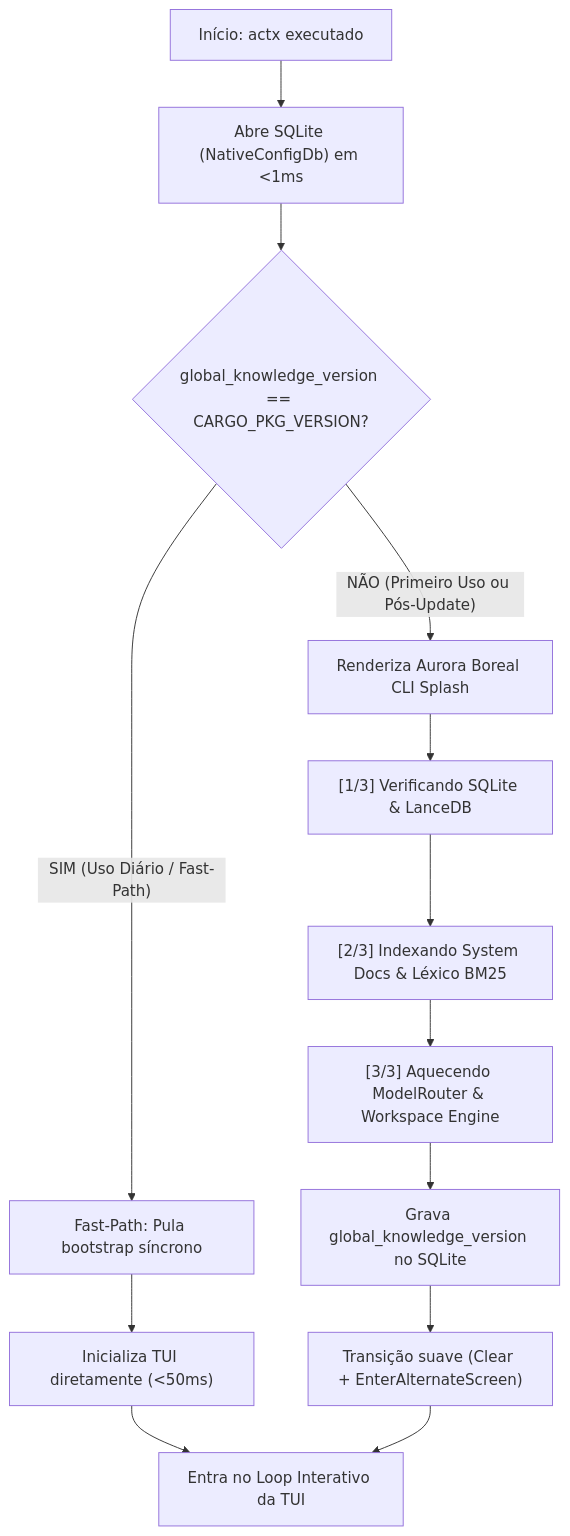
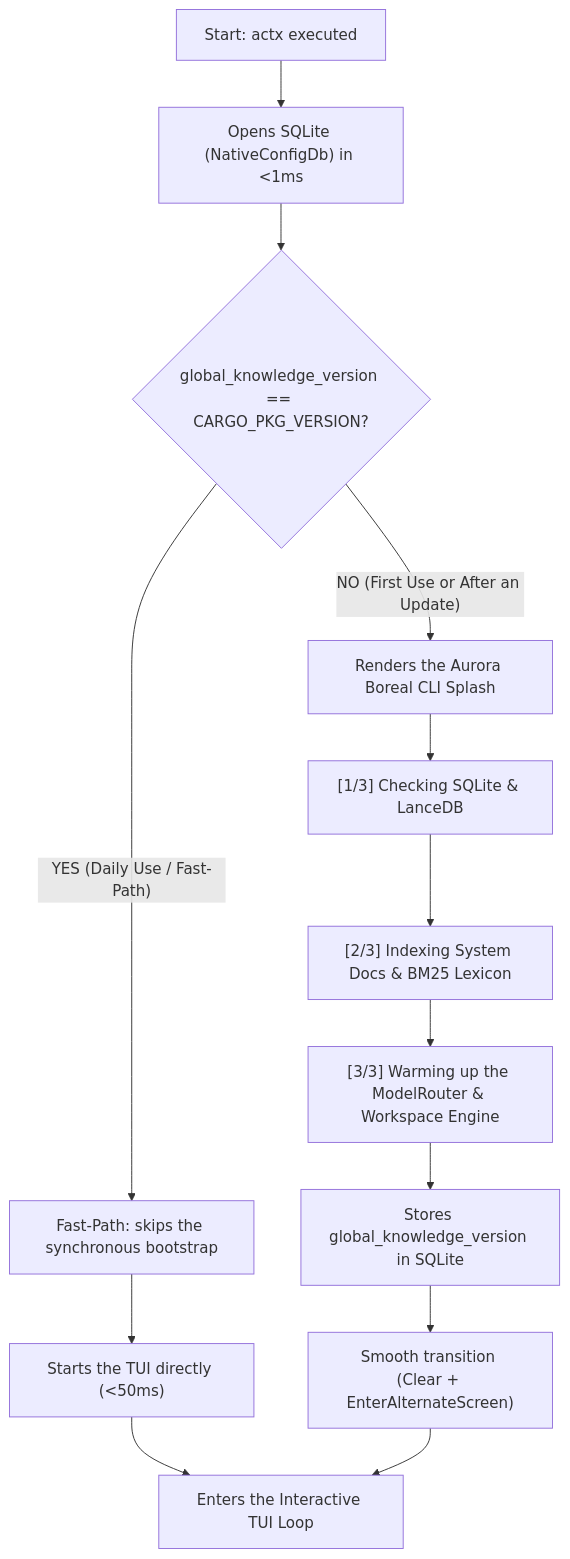
The first of 2 diagrams in docs/plans/anycontext_aurora_boreal_design_system_fast_startup_telemetry_opção_c.md (Levix-Digital/any-context), drawn with Mermaid before and after one commit. The commit also changed other lines of this file, not shown here.

First line of the commit message:
docs(plans): translate the Aurora Boreal design system plan to English

````diff
--- a/docs/plans/anycontext_aurora_boreal_design_system_fast_startup_telemetry_opção_c.md
+++ b/docs/plans/anycontext_aurora_boreal_design_system_fast_startup_telemetry_opção_c.md
@@ -87,17 +87,17 @@
 ```mermaid
 flowchart TD
-    A["Início: actx executado"] --> B["Abre SQLite (NativeConfigDb) em <1ms"]
+    A["Start: actx executed"] --> B["Opens SQLite (NativeConfigDb) in <1ms"]
     B --> C{"global_knowledge_version == CARGO_PKG_VERSION?"}
     
-    C -- "SIM (Uso Diário / Fast-Path)" --> D["Fast-Path: Pula bootstrap síncrono"]
-    D --> E["Inicializa TUI diretamente (<50ms)"]
-    E --> F["Entra no Loop Interativo da TUI"]
+    C -- "YES (Daily Use / Fast-Path)" --> D["Fast-Path: skips the synchronous bootstrap"]
+    D --> E["Starts the TUI directly (<50ms)"]
+    E --> F["Enters the Interactive TUI Loop"]
     
-    C -- "NÃO (Primeiro Uso ou Pós-Update)" --> G["Renderiza Aurora Boreal CLI Splash"]
-    G --> H["[1/3] Verificando SQLite & LanceDB"]
-    H --> I["[2/3] Indexando System Docs & Léxico BM25"]
-    I --> J["[3/3] Aquecendo ModelRouter & Workspace Engine"]
-    J --> K["Grava global_knowledge_version no SQLite"]
-    K --> L["Transição suave (Clear + EnterAlternateScreen)"]
+    C -- "NO (First Use or After an Update)" --> G["Renders the Aurora Boreal CLI Splash"]
+    G --> H["[1/3] Checking SQLite & LanceDB"]
+    H --> I["[2/3] Indexing System Docs & BM25 Lexicon"]
+    I --> J["[3/3] Warming up the ModelRouter & Workspace Engine"]
+    J --> K["Stores global_knowledge_version in SQLite"]
+    K --> L["Smooth transition (Clear + EnterAlternateScreen)"]
     L --> F
 ```
````
